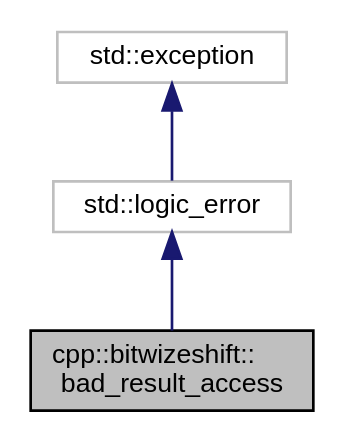
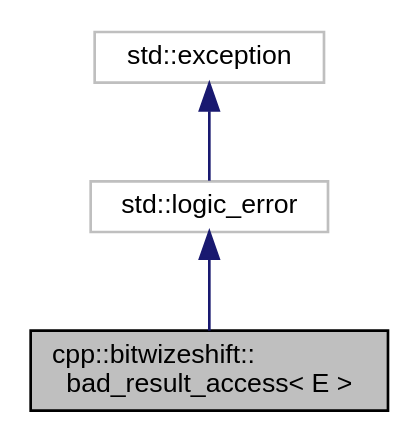
The diagram in api/latest/d0/d70/classcpp_1_1bitwizeshift_1_1bad__result__access__inherit__graph.dot (bitwizeshift/result), drawn with Graphviz before and after one commit. The commit also changed 42 other files, not shown here.

```diff
--- a/api/latest/d0/d70/classcpp_1_1bitwizeshift_1_1bad__result__access__inherit__graph.dot
+++ b/api/latest/d0/d70/classcpp_1_1bitwizeshift_1_1bad__result__access__inherit__graph.dot
@@ -1,10 +1,10 @@
-digraph "cpp::bitwizeshift::bad_result_access"
+digraph "cpp::bitwizeshift::bad_result_access&lt; E &gt;"
 {
   edge [fontname="Helvetica",fontsize="10",labelfontname="Helvetica",labelfontsize="10"];
   node [fontname="Helvetica",fontsize="10",shape=record];
-  Node0 [label="cpp::bitwizeshift::\lbad_result_access",height=0.2,width=0.4,color="black", fillcolor="grey75", style="filled", fontcolor="black"];
+  Node0 [label="cpp::bitwizeshift::\lbad_result_access\< E \>",height=0.2,width=0.4,color="black", fillcolor="grey75", style="filled", fontcolor="black"];
   Node1 -> Node0 [dir="back",color="midnightblue",fontsize="10",style="solid",fontname="Helvetica"];
   Node1 [label="std::logic_error",height=0.2,width=0.4,color="grey75", fillcolor="white", style="filled",tooltip="STL class. "];
   Node2 -> Node1 [dir="back",color="midnightblue",fontsize="10",style="solid",fontname="Helvetica"];
   Node2 [label="std::exception",height=0.2,width=0.4,color="grey75", fillcolor="white", style="filled",tooltip="STL class. "];
 }
```
